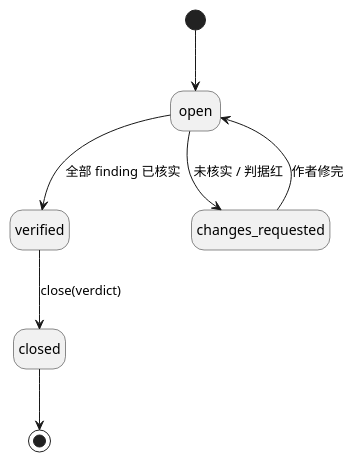
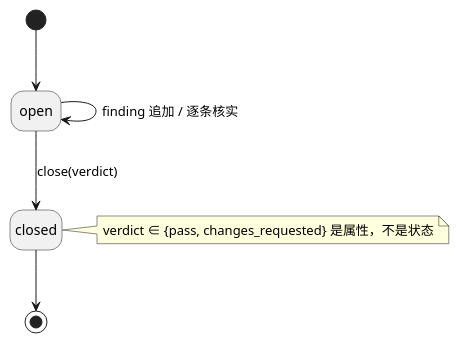
One commit to raitpor/dsh-software-dev-office changed the diagram in design/diagrams/uml-state-review.puml. Above: the diagram before and after it, drawn with PlantUML. The commit also changed 65 other files, not shown here.

```diff
--- a/design/diagrams/uml-state-review.puml
+++ b/design/diagrams/uml-state-review.puml
@@ -1,9 +1,8 @@
 @startuml
 hide empty description
 [*] --> open
-open --> verified : 全部 finding 已核实
-verified --> closed : close(verdict)
-open --> changes_requested : 未核实 / 判据红
-changes_requested --> open : 作者修完
+open --> open : finding 追加 / 逐条核实
+open --> closed : close(verdict)
+note right of closed : verdict ∈ {pass, changes_requested} 是属性，不是状态
 closed --> [*]
 @enduml
```
